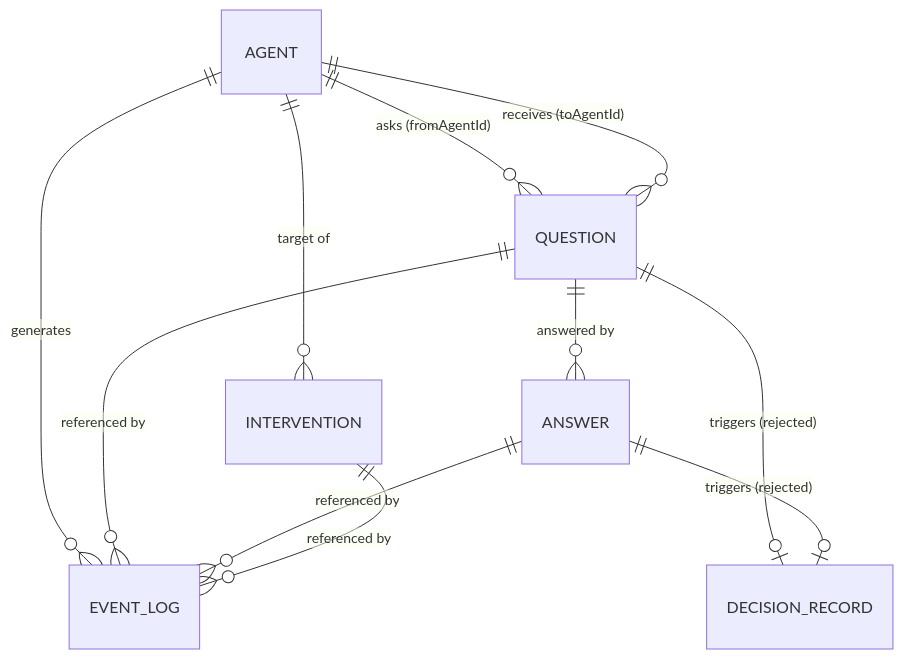
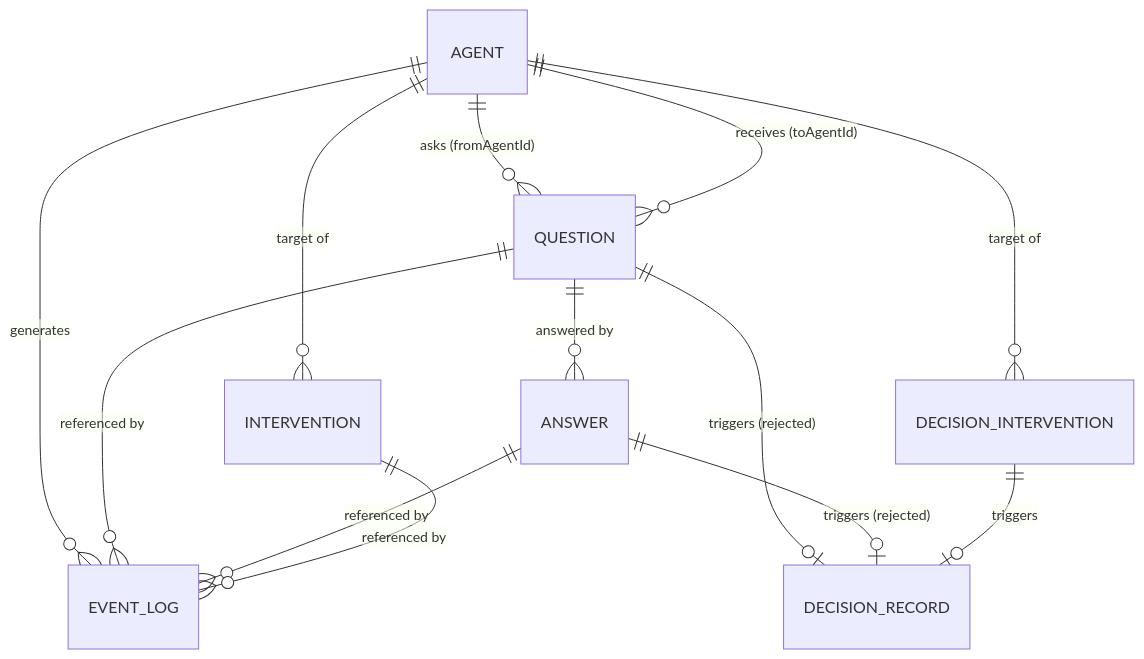
The fifth of 5 diagrams in docs/data-model.md (neisii/ai-development-orchestrator), drawn with Mermaid before and after one commit. The commit also changed other lines of this file and 18 other files, not shown here.

First line of the commit message:
Implement Phase 3: Decision Intervention trigger, reject-and-revise, history search, file traceability

````diff
--- a/docs/data-model.md
+++ b/docs/data-model.md
@@ -256,13 +282,15 @@
 ```mermaid
 erDiagram
     AGENT ||--o{ EVENT_LOG : generates
     AGENT ||--o{ QUESTION : "asks (fromAgentId)"
     AGENT ||--o{ QUESTION : "receives (toAgentId)"
     AGENT ||--o{ INTERVENTION : "target of"
+    AGENT ||--o{ DECISION_INTERVENTION : "target of"
     QUESTION ||--o{ ANSWER : "answered by"
     QUESTION ||--o{ EVENT_LOG : "referenced by"
     ANSWER ||--o{ EVENT_LOG : "referenced by"
     INTERVENTION ||--o{ EVENT_LOG : "referenced by"
     QUESTION ||--o| DECISION_RECORD : "triggers (rejected)"
     ANSWER ||--o| DECISION_RECORD : "triggers (rejected)"
+    DECISION_INTERVENTION ||--o| DECISION_RECORD : "triggers"
 ```
````
